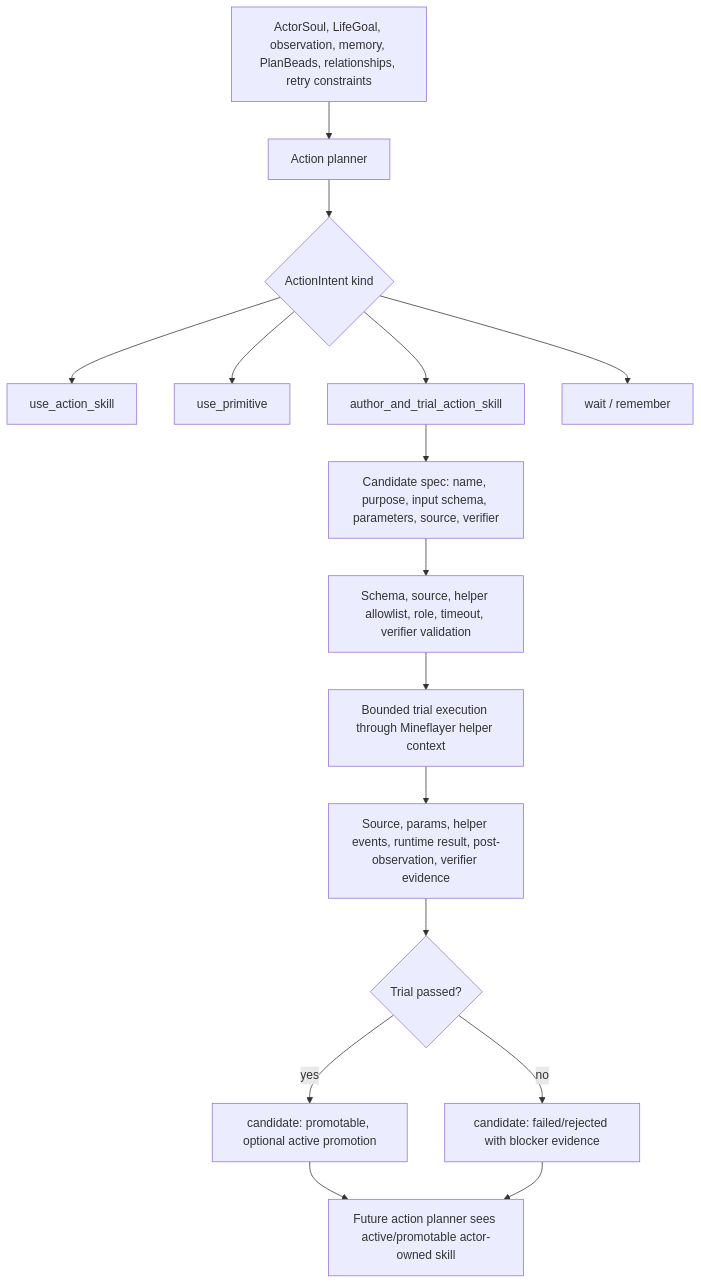
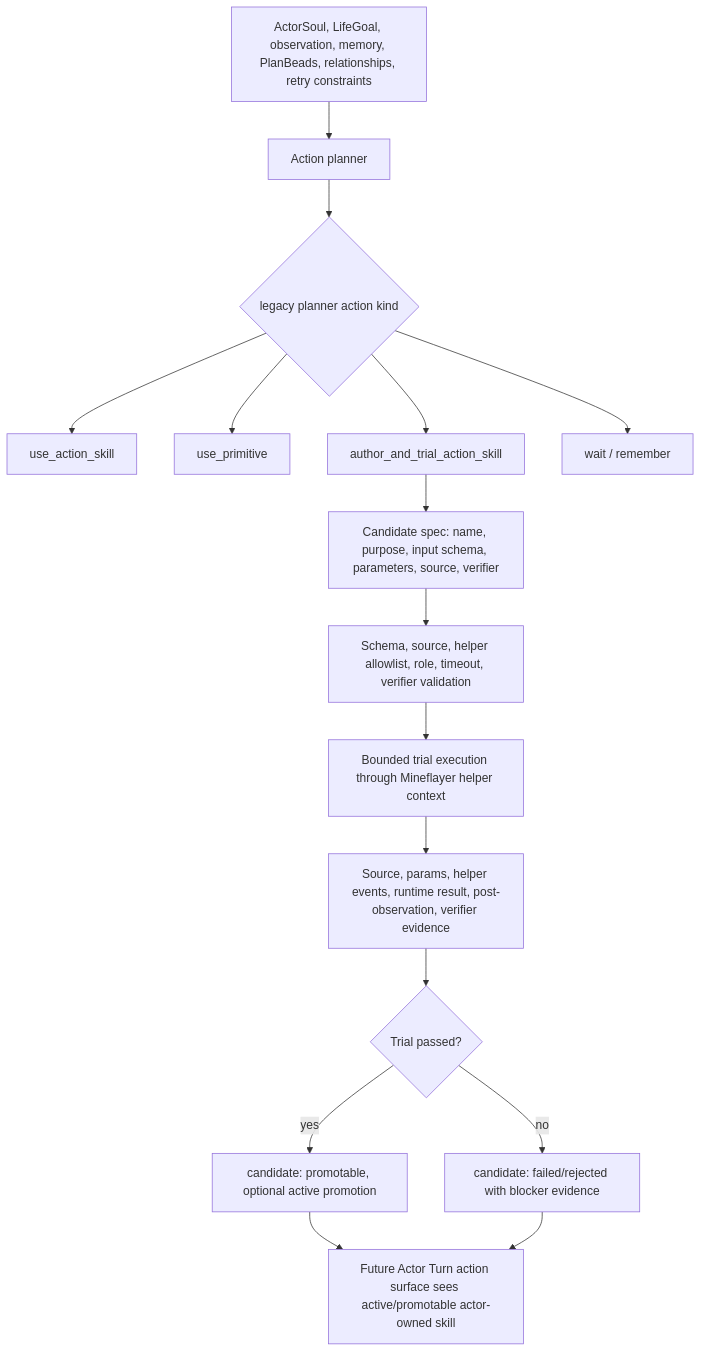
Before and after one commit to gigio1023/minecraft-llm-agent-community: the diagram in docs/blog-doc/Architecture/Action-Selection-Gated-Action-Skill-Authoring-Plan.md, drawn with Mermaid. The commit also changed other lines of this file and 218 other files, not shown here.

````diff
--- a/docs/blog-doc/Architecture/Action-Selection-Gated-Action-Skill-Authoring-Plan.md
+++ b/docs/blog-doc/Architecture/Action-Selection-Gated-Action-Skill-Authoring-Plan.md
@@ -139,19 +184,19 @@
 ```mermaid
 flowchart TD
   Context["ActorSoul, LifeGoal, observation, memory, PlanBeads, relationships, retry constraints"] --> Planner["Action planner"]
-  Planner --> Choice{"ActionIntent kind"}
+  Planner --> Choice{"legacy planner action kind"}
   Choice --> Active["use_action_skill"]
   Choice --> Primitive["use_primitive"]
   Choice --> Author["author_and_trial_action_skill"]
   Choice --> Control["wait / remember"]
 
   Author --> Spec["Candidate spec: name, purpose, input schema, parameters, source, verifier"]
   Spec --> Validate["Schema, source, helper allowlist, role, timeout, verifier validation"]
   Validate --> Trial["Bounded trial execution through Mineflayer helper context"]
   Trial --> Evidence["Source, params, helper events, runtime result, post-observation, verifier evidence"]
   Evidence --> Decision{"Trial passed?"}
   Decision -->|yes| Promotable["candidate: promotable, optional active promotion"]
   Decision -->|no| Candidate["candidate: failed/rejected with blocker evidence"]
-  Promotable --> Future["Future action planner sees active/promotable actor-owned skill"]
+  Promotable --> Future["Future Actor Turn action surface sees active/promotable actor-owned skill"]
   Candidate --> Future
 ```
````
